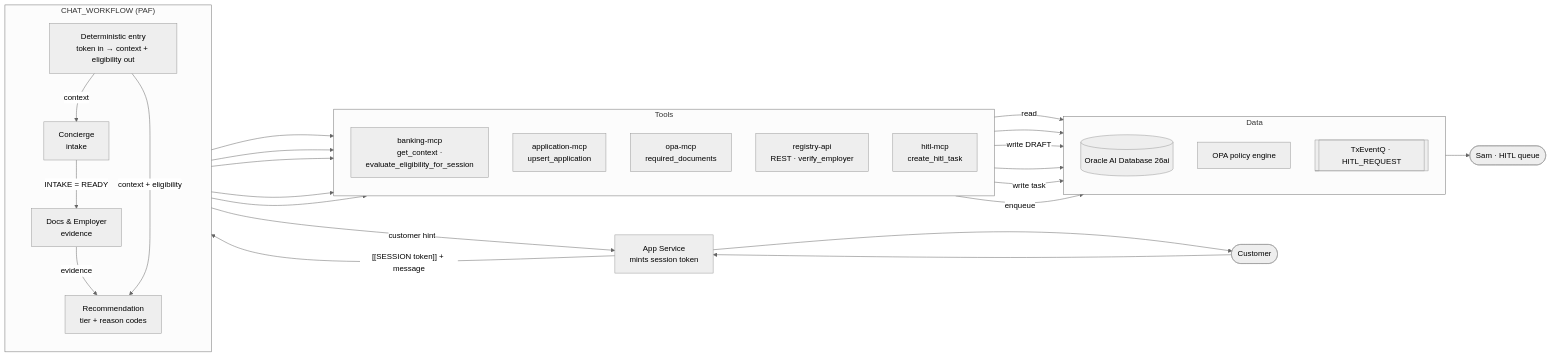
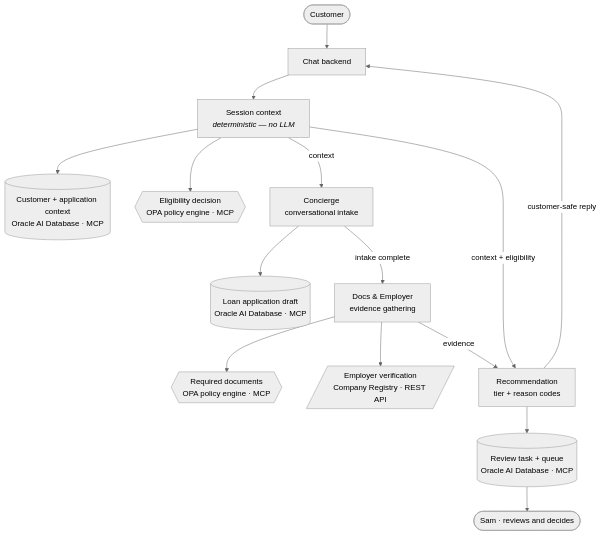
The third of 5 diagrams in README.md (vmleon/oracle-database-private-agent-factory-poc), drawn with Mermaid (neutral theme) before and after one commit. The commit also changed other lines of this file, not shown here.

Commit message:
docs: redraw chat flow diagram per agent and data source

````diff
--- a/README.md
+++ b/README.md
@@ -59,50 +59,21 @@
 ```mermaid
-flowchart LR
-    cust(["Customer"]) --> be["App Service<br/>mints session token"]
-    be -->|"[[SESSION token]] + message"| entry
+flowchart TD
+    cust(["Customer"]) --> be["Chat backend"]
+    be --> entry["Session context<br/><i>deterministic — no LLM</i>"]
+    entry --> ctx[("Customer + application context<br/>Oracle AI Database · MCP")]
+    entry --> elig{{"Eligibility decision<br/>OPA policy engine · MCP"}}
 
-    subgraph flow["CHAT_WORKFLOW (PAF)"]
-        direction TB
-        entry["Deterministic entry<br/>token in → context + eligibility out"]
-        conc["Concierge<br/>intake"]
-        docs["Docs &amp; Employer<br/>evidence"]
-        rec["Recommendation<br/>tier + reason codes"]
-        entry -->|context| conc
-        conc -->|"INTAKE = READY"| docs
-        docs -->|evidence| rec
-        entry -->|"context + eligibility"| rec
-    end
+    entry -->|context| conc["Concierge<br/>conversational intake"]
+    conc --> draft[("Loan application draft<br/>Oracle AI Database · MCP")]
 
-    rec -->|"customer hint"| be
-    be --> cust
+    conc -->|"intake complete"| docs["Docs &amp; Employer<br/>evidence gathering"]
+    docs --> reqd{{"Required documents<br/>OPA policy engine · MCP"}}
+    docs --> reg[/"Employer verification<br/>Company Registry · REST API"/]
 
-    subgraph tools["Tools"]
-        direction TB
-        bmcp["banking-mcp<br/>get_context ·<br/>evaluate_eligibility_for_session"]
-        amcp["application-mcp<br/>upsert_application"]
-        omcp["opa-mcp<br/>required_documents"]
-        reg["registry-api<br/>REST · verify_employer"]
-        hmcp["hitl-mcp<br/>create_hitl_task"]
-    end
+    docs -->|evidence| rec["Recommendation<br/>tier + reason codes"]
+    entry -->|"context + eligibility"| rec
+    rec --> task[("Review task + queue<br/>Oracle AI Database · MCP")]
 
-    entry --> bmcp
-    conc --> amcp
-    docs --> omcp
-    docs --> reg
-    rec --> hmcp
-
-    subgraph data["Data"]
-        direction TB
-        db[("Oracle AI Database 26ai")]
-        opa["OPA policy engine"]
-        q[["TxEventQ · HITL_REQUEST"]]
-    end
-
-    bmcp -->|read| db
-    bmcp --> opa
-    amcp -->|write DRAFT| db
-    omcp --> opa
-    hmcp -->|write task| db
-    hmcp -->|enqueue| q
-    q --> sam(["Sam · HITL queue"])
+    task --> sam(["Sam · reviews and decides"])
+    rec -->|"customer-safe reply"| be
 ```
````
